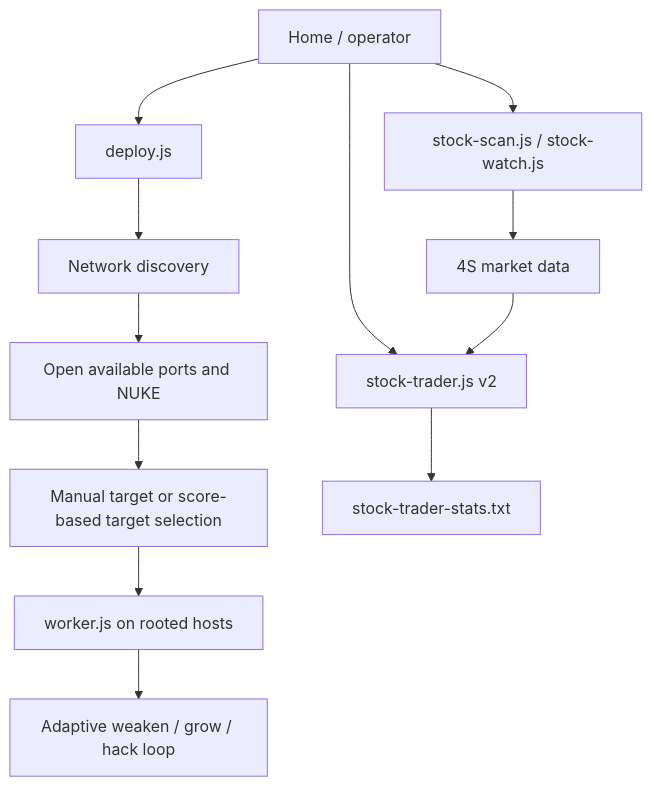
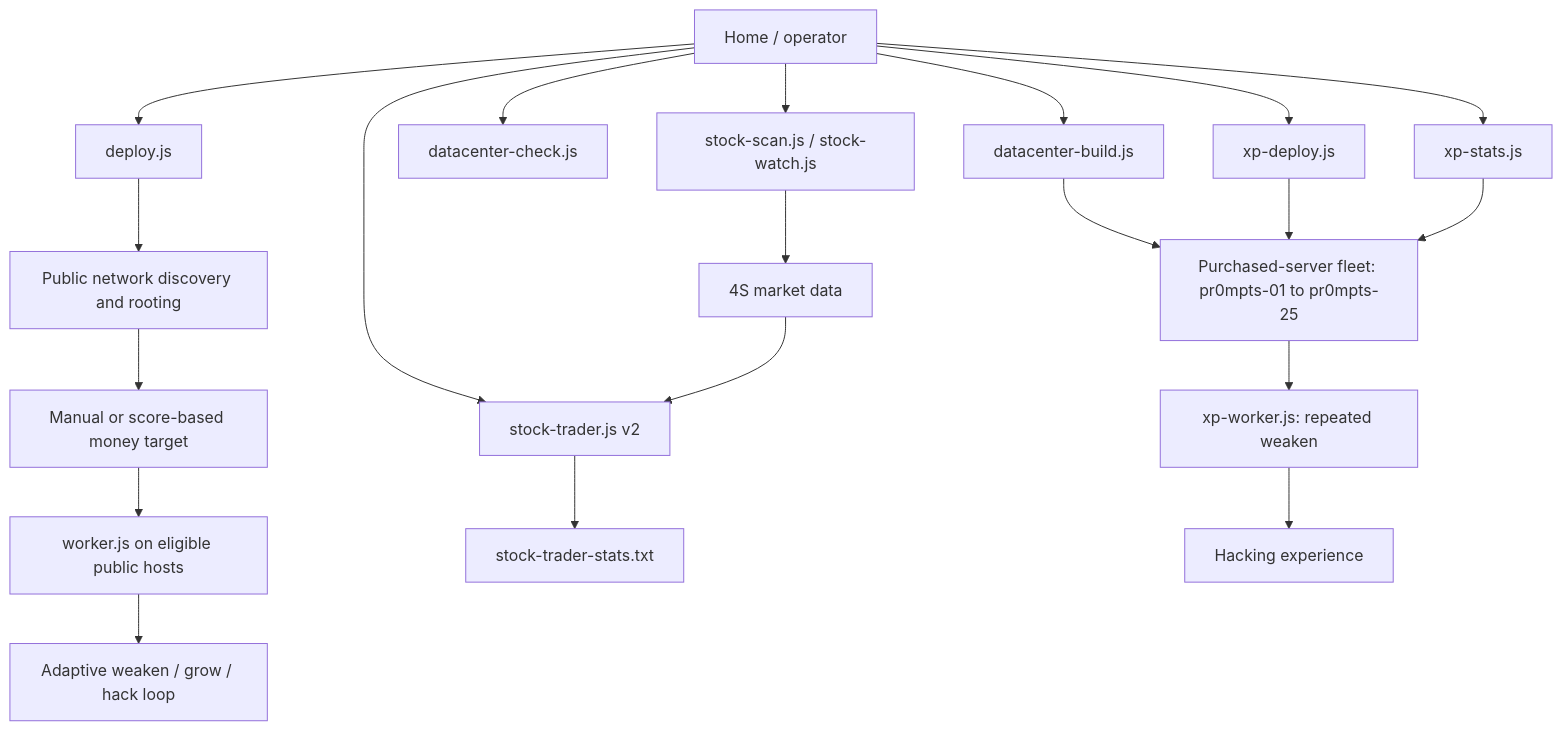
The diagram in ARCHITECTURE.md (PR0MPTS/bitburner-100-playbook), drawn with Mermaid before and after one commit. The commit also changed other lines of this file and 7 other files, not shown here.

````diff
--- a/ARCHITECTURE.md
+++ b/ARCHITECTURE.md
@@ -19,14 +15,24 @@
 ```mermaid
 flowchart TD
     Home[Home / operator] --> Deploy[deploy.js]
-    Deploy --> Discovery[Network discovery]
-    Discovery --> Rooting[Open available ports and NUKE]
-    Rooting --> Target[Manual target or score-based target selection]
-    Target --> Workers[worker.js on rooted hosts]
+    Deploy --> Discovery[Public network discovery and rooting]
+    Discovery --> Target[Manual or score-based money target]
+    Target --> Workers[worker.js on eligible public hosts]
     Workers --> HWGW[Adaptive weaken / grow / hack loop]
+
     Home --> Trader[stock-trader.js v2]
     FourS[4S market data] --> Trader
     Trader --> Stats[stock-trader-stats.txt]
     Home --> Diagnostics[stock-scan.js / stock-watch.js]
     Diagnostics --> FourS
+
+    Home --> DCCheck[datacenter-check.js]
+    Home --> DCBuild[datacenter-build.js]
+    DCBuild --> Cloud[Purchased-server fleet: pr0mpts-01 to pr0mpts-25]
+    Home --> XPDeploy[xp-deploy.js]
+    XPDeploy --> Cloud
+    Cloud --> XPWorkers[xp-worker.js: repeated weaken]
+    XPWorkers --> HackingXP[Hacking experience]
+    Home --> XPStats[xp-stats.js]
+    XPStats --> Cloud
 ```
````
